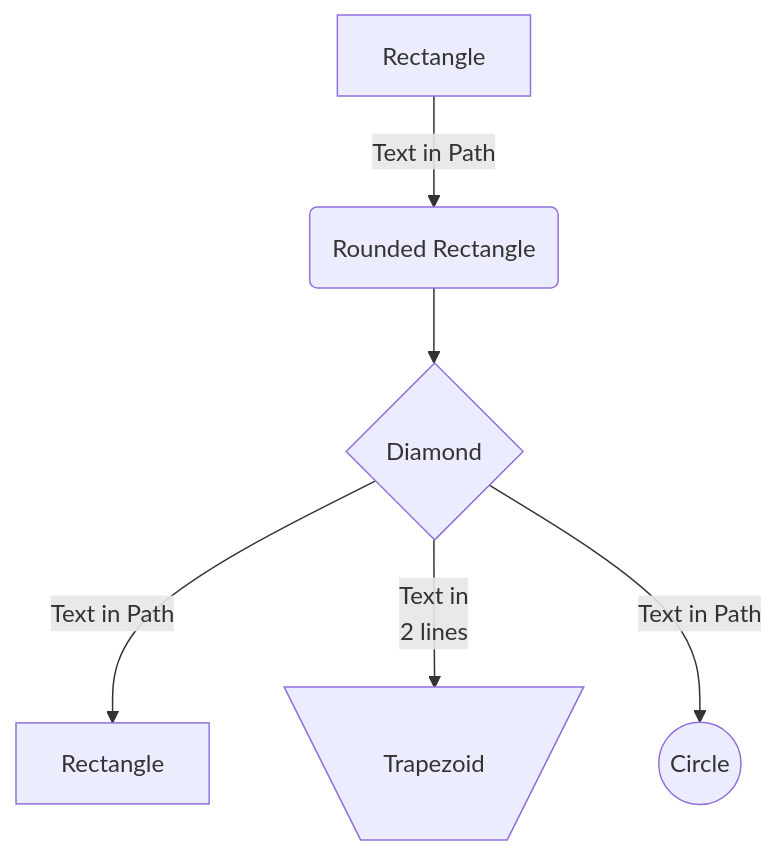
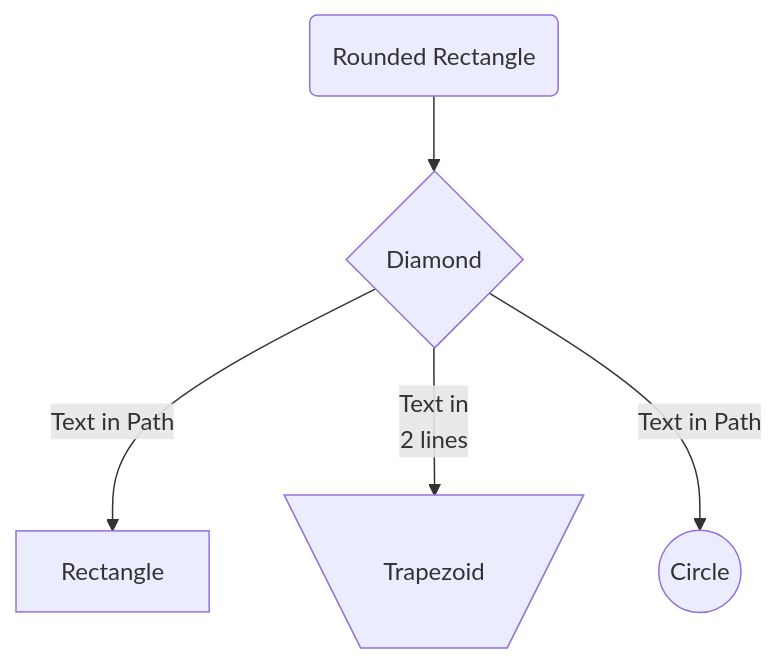
The first of 5 diagrams in README.md (PastranaDigital/mermaid-presentation), drawn with Mermaid before and after one commit. The commit also changed other lines of this file and 1 other file, not shown here.

````diff
--- a/README.md
+++ b/README.md
@@ -7,13 +7,11 @@
 ```mermaid
 graph TD
 
-    Name_of_A[Rectangle] -->|Text in Path| Name_of_B(Rounded Rectangle)
-
-    Name_of_B --> Name_of_C{Diamond}
+    Name_of_B(Rounded Rectangle) --> Name_of_C{Diamond}
 
     Name_of_C -->|Text in Path| Name_of_D[Rectangle]
 
     Name_of_C -->|Text in <br> 2 lines| Name_of_E[\<br>Trapezoid<br><br>/]
 
     Name_of_C -->|Text in Path| Name_of_F((Circle))
 ```
````
